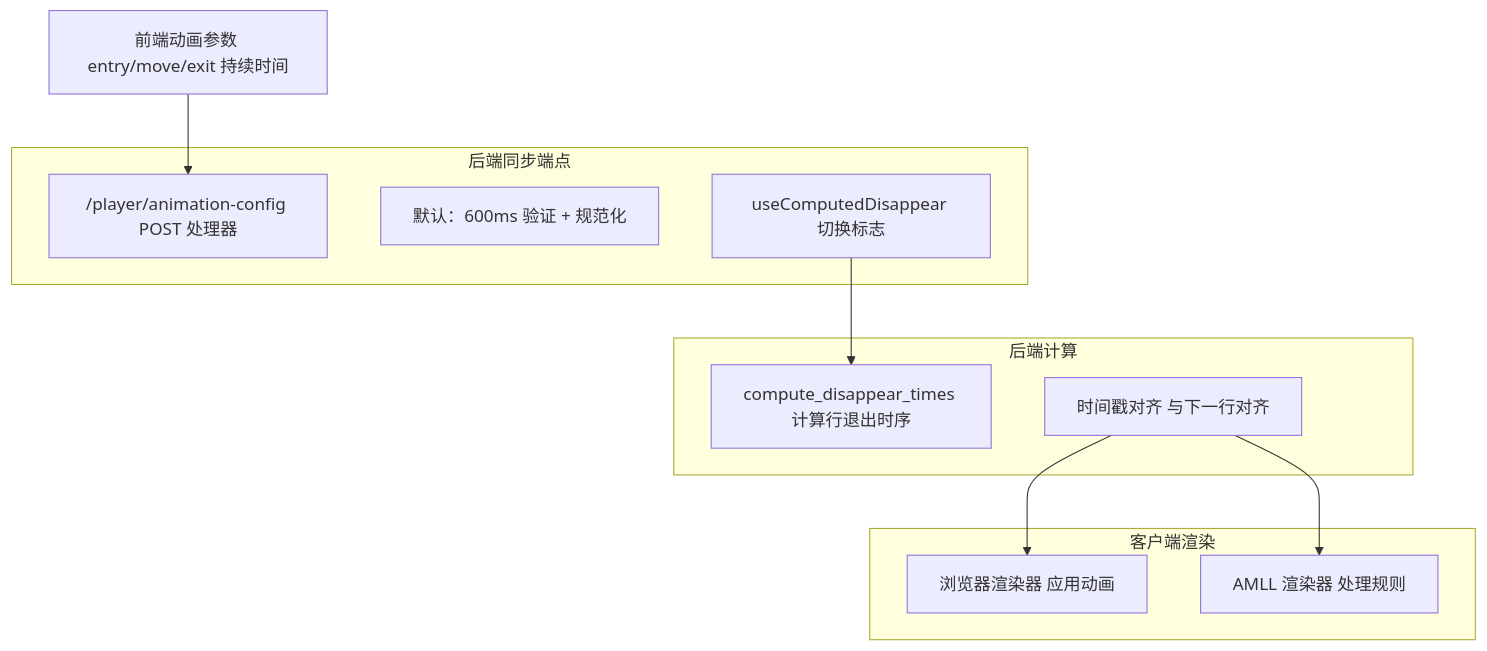
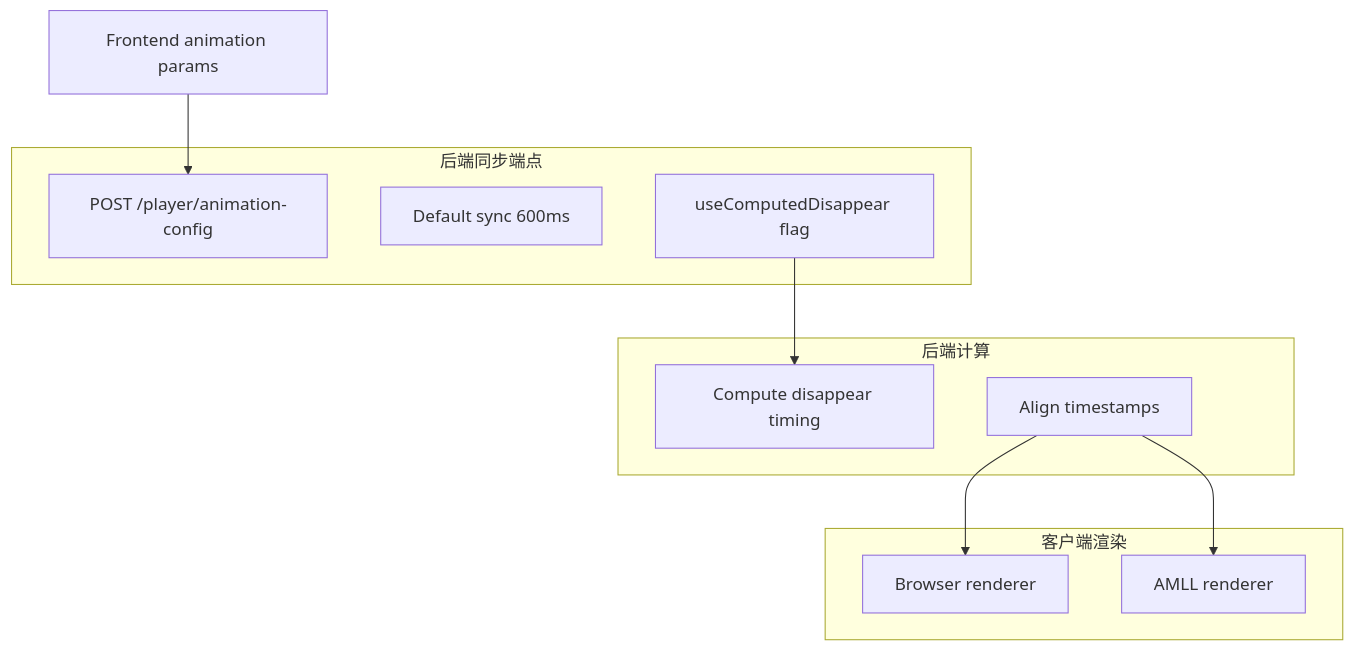
One commit to HKLHaoBin/LyricSphere changed the eighth of 44 diagrams in README.md. Above: the diagram before and after it, drawn with Mermaid. The commit also changed other lines of this file, not shown here.

First line of the commit message:
docs: 更新流程图中的中文标签为英文并优化格式

````diff
--- a/README.md
+++ b/README.md
@@ -729,32 +732,32 @@
 ```mermaid
 flowchart TD
-    FrontendParams["前端动画参数 entry/move/exit 持续时间"]
-    AnimConfigRoute["/player/animation-config POST 处理器"]
-    DefaultSync["默认：600ms 验证 + 规范化"]
-    UseComputedFlag["useComputedDisappear 切换标志"]
-    ComputeDisappear["compute_disappear_times 计算行退出时序"]
-    TimestampAlign["时间戳对齐 与下一行对齐"]
-    BrowserRender["浏览器渲染器 应用动画"]
-    AMLLRender["AMLL 渲染器 处理规则"]
+    FrontendParams["Frontend animation params"]
+    AnimConfigRoute["POST /player/animation-config"]
+    DefaultSync["Default sync 600ms"]
+    UseComputedFlag["useComputedDisappear flag"]
+    ComputeDisappear["Compute disappear timing"]
+    TimestampAlign["Align timestamps"]
+    BrowserRender["Browser renderer"]
+    AMLLRender["AMLL renderer"]
 
     FrontendParams --> AnimConfigRoute
     UseComputedFlag --> ComputeDisappear
     TimestampAlign --> BrowserRender
     TimestampAlign --> AMLLRender
 
     subgraph ClientRendering[客户端渲染]
         BrowserRender
         AMLLRender
     end
 
     subgraph BackendCalculation[后端计算]
         ComputeDisappear
         TimestampAlign
     end
 
     subgraph BackendSyncEndpoint[后端同步端点]
         AnimConfigRoute
         DefaultSync
         UseComputedFlag
     end
 ```
````
